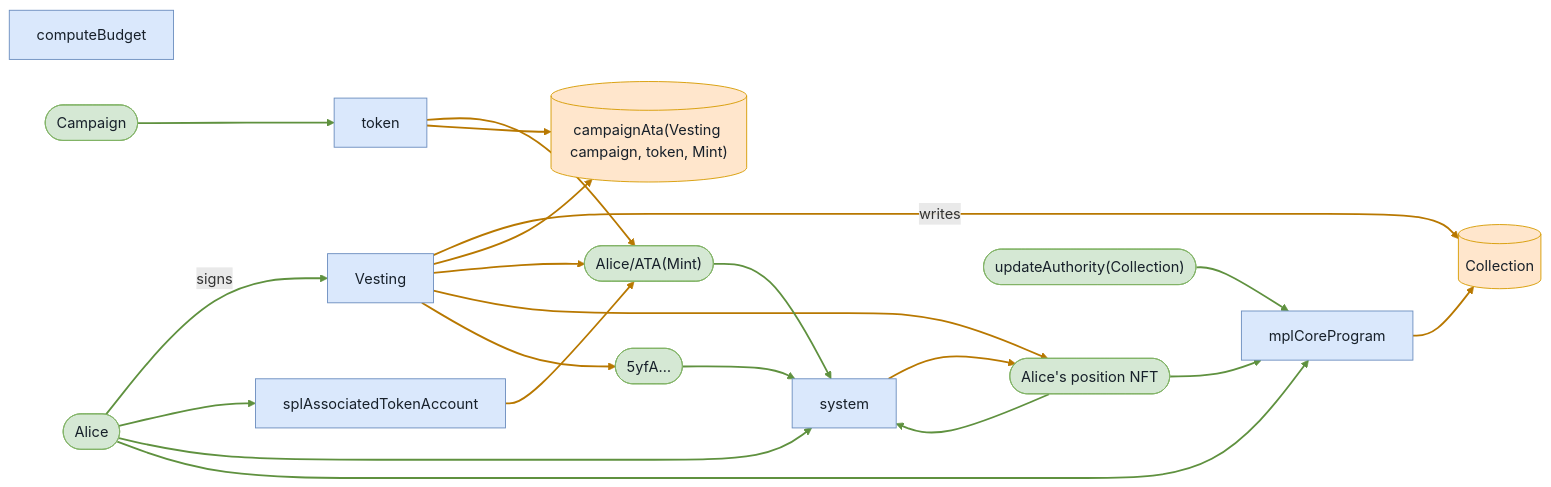
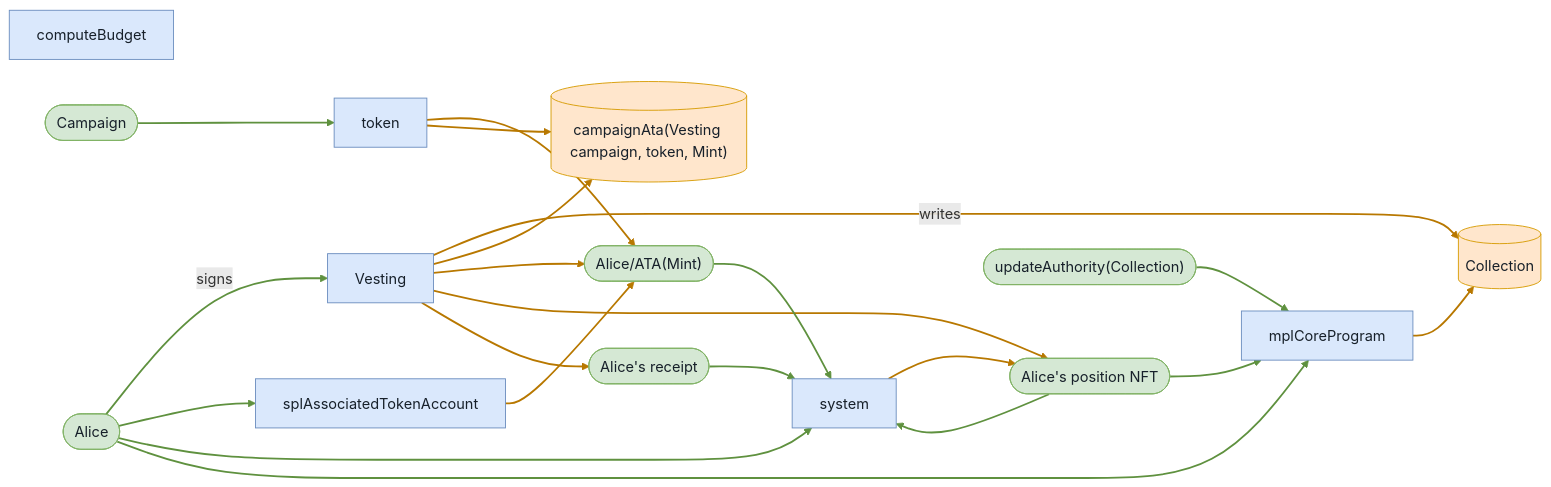
One commit to cds-turbin3/vesting-position changed the fifth of 12 diagrams in md-reports-babelfish/vested_tokens_are_forfeited_past_the_grace_window.md. Above: the diagram before and after it, drawn with Mermaid. The commit also changed other lines of this file and 104 other files, not shown here.

````diff
--- a/md-reports-babelfish/vested_tokens_are_forfeited_past_the_grace_window.md
+++ b/md-reports-babelfish/vested_tokens_are_forfeited_past_the_grace_window.md
@@ -292,42 +292,42 @@
 ```mermaid
 flowchart LR
     computeBudget["computeBudget"]:::program
     Vesting["Vesting"]:::program
     Alice(["Alice"]):::signer
     Collection[("Collection")]:::state
     campaignAtaVestingcampaigntokenMint[("campaignAta(Vesting campaign, token, Mint)")]:::state
     AliceATAMint(["Alice/ATA(Mint)"]):::signer
     AlicespositionNFT(["Alice's position NFT"]):::signer
-    n5yfA(["5yfA…"]):::signer
+    Alicesreceipt(["Alice's receipt"]):::signer
     splAssociatedTokenAccount["splAssociatedTokenAccount"]:::program
     token["token"]:::program
     system["system"]:::program
     mplCoreProgram["mplCoreProgram"]:::program
     updateAuthorityCollection(["updateAuthority(Collection)"]):::signer
     Campaign(["Campaign"]):::signer
     Alice -->|signs| Vesting
     Vesting -->|writes| Collection
     Vesting --> campaignAtaVestingcampaigntokenMint
     Vesting --> AliceATAMint
     Vesting --> AlicespositionNFT
-    Vesting --> n5yfA
+    Vesting --> Alicesreceipt
     Alice --> splAssociatedTokenAccount
     splAssociatedTokenAccount --> AliceATAMint
     Alice --> system
     AliceATAMint --> system
     token --> AliceATAMint
-    n5yfA --> system
+    Alicesreceipt --> system
     AlicespositionNFT --> mplCoreProgram
     mplCoreProgram --> Collection
     updateAuthorityCollection --> mplCoreProgram
     Alice --> mplCoreProgram
     AlicespositionNFT --> system
     system --> AlicespositionNFT
     token --> campaignAtaVestingcampaigntokenMint
     Campaign --> token
     classDef program fill:#dae8fc,stroke:#6c8ebf,color:#17202a;
     classDef signer fill:#d5e8d4,stroke:#82b366,color:#17202a;
     classDef state fill:#ffe6cc,stroke:#d79b00,color:#17202a;
     linkStyle 0,6,8,9,11,12,14,15,16,19 stroke:#5f913f,stroke-width:2px
     linkStyle 1,2,3,4,5,7,10,13,17,18 stroke:#b87800,stroke-width:2px
 ```
````
